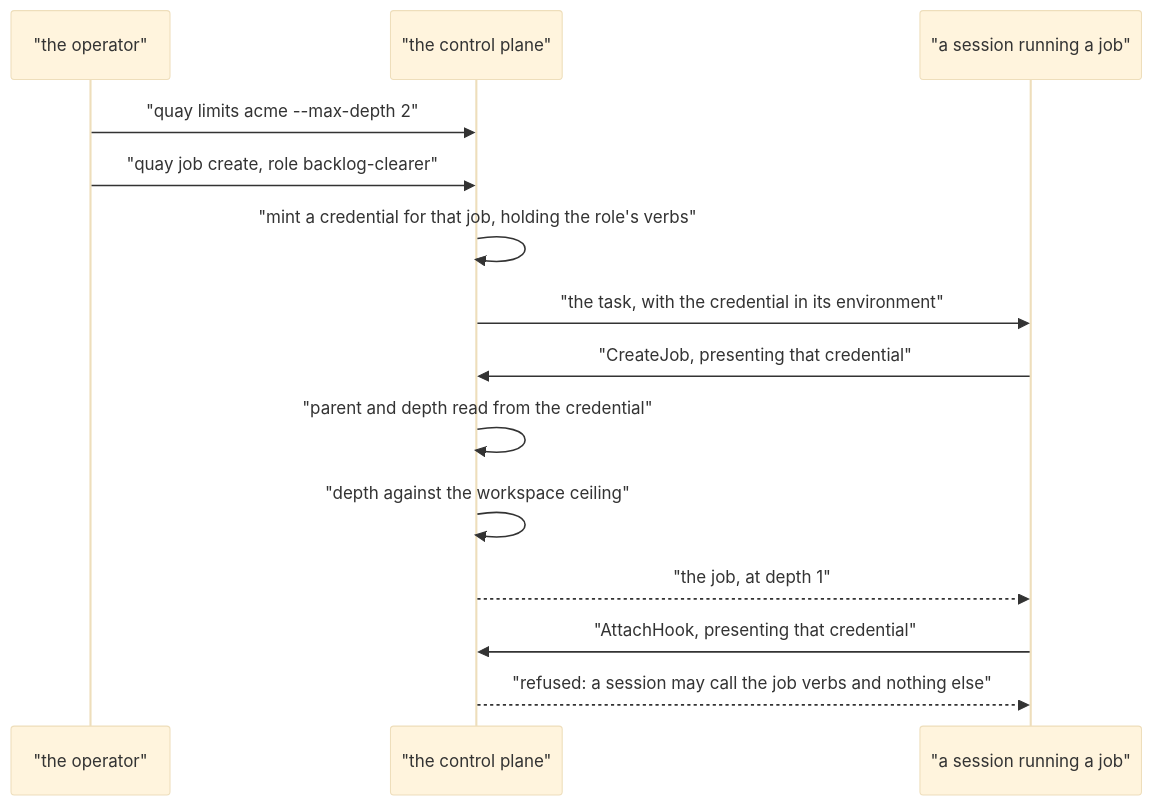
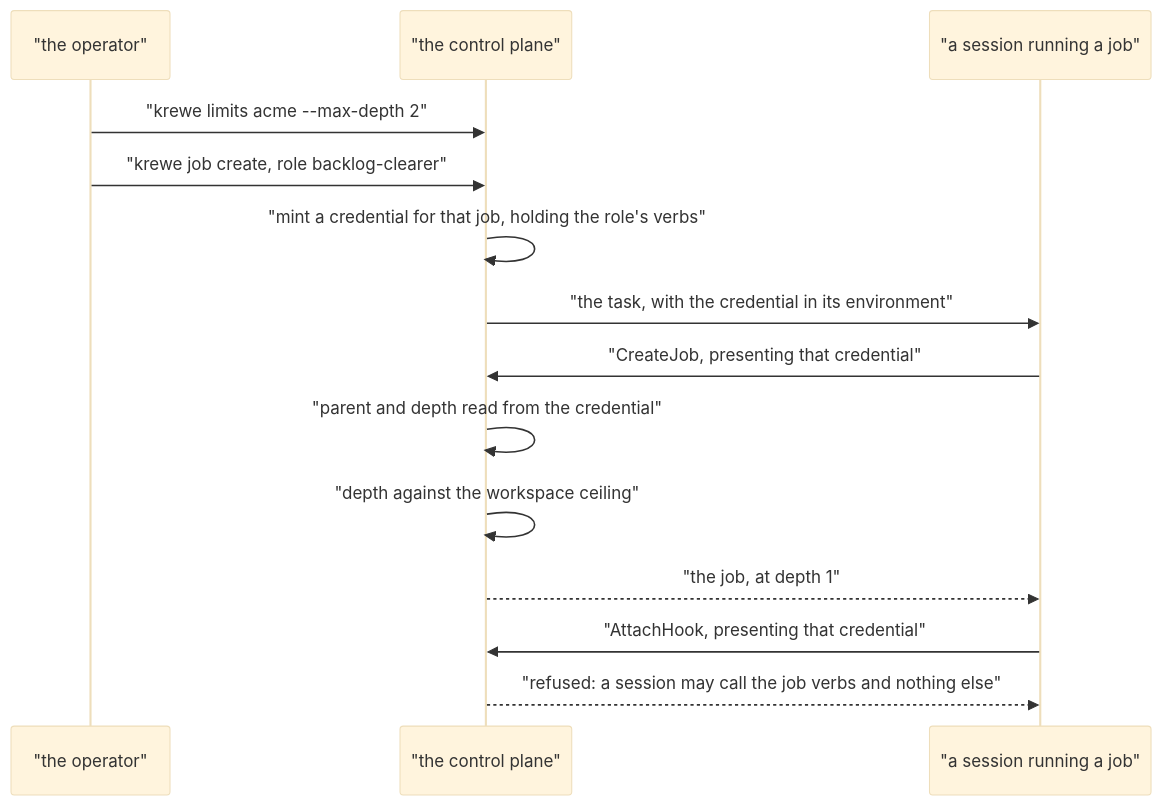
One commit to atlantic-blue/quay-crew changed the tenth of 23 diagrams in docs/ORCHESTRATION.md. Above: the diagram before and after it, drawn with Mermaid (base theme). The commit also changed other lines of this file and 27 other files, not shown here.

````diff
--- a/docs/ORCHESTRATION.md
+++ b/docs/ORCHESTRATION.md
@@ -1136,16 +1136,16 @@
 ```mermaid
 sequenceDiagram
     participant OP as "the operator"
     participant CP as "the control plane"
     participant SES as "a session running a job"
-    OP->>CP: "quay limits acme --max-depth 2"
-    OP->>CP: "quay job create, role backlog-clearer"
+    OP->>CP: "krewe limits acme --max-depth 2"
+    OP->>CP: "krewe job create, role backlog-clearer"
     CP->>CP: "mint a credential for that job, holding the role's verbs"
     CP->>SES: "the task, with the credential in its environment"
     SES->>CP: "CreateJob, presenting that credential"
     CP->>CP: "parent and depth read from the credential"
     CP->>CP: "depth against the workspace ceiling"
     CP-->>SES: "the job, at depth 1"
     SES->>CP: "AttachHook, presenting that credential"
     CP-->>SES: "refused: a session may call the job verbs and nothing else"
 ```
````
